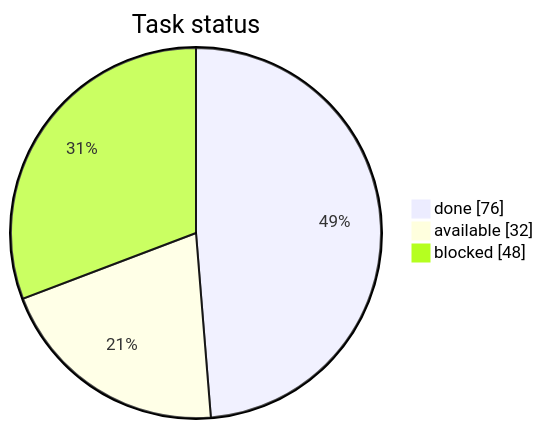
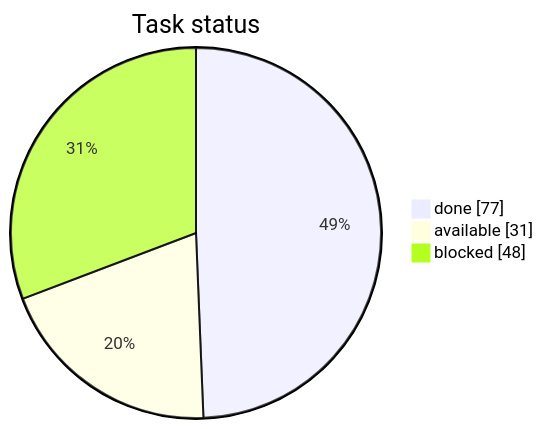
One commit to artemiiShabanov/RallyRivals changed the first of 3 diagrams in STATUS.md. Above: the diagram before and after it, drawn with Mermaid. The commit also changed other lines of this file and 4 other files, not shown here.

````diff
--- a/STATUS.md
+++ b/STATUS.md
@@ -7,7 +7,7 @@
 ```mermaid
 pie showData
     title Task status
-    "done" : 76
-    "available" : 32
+    "done" : 77
+    "available" : 31
     "blocked" : 48
 ```
````
